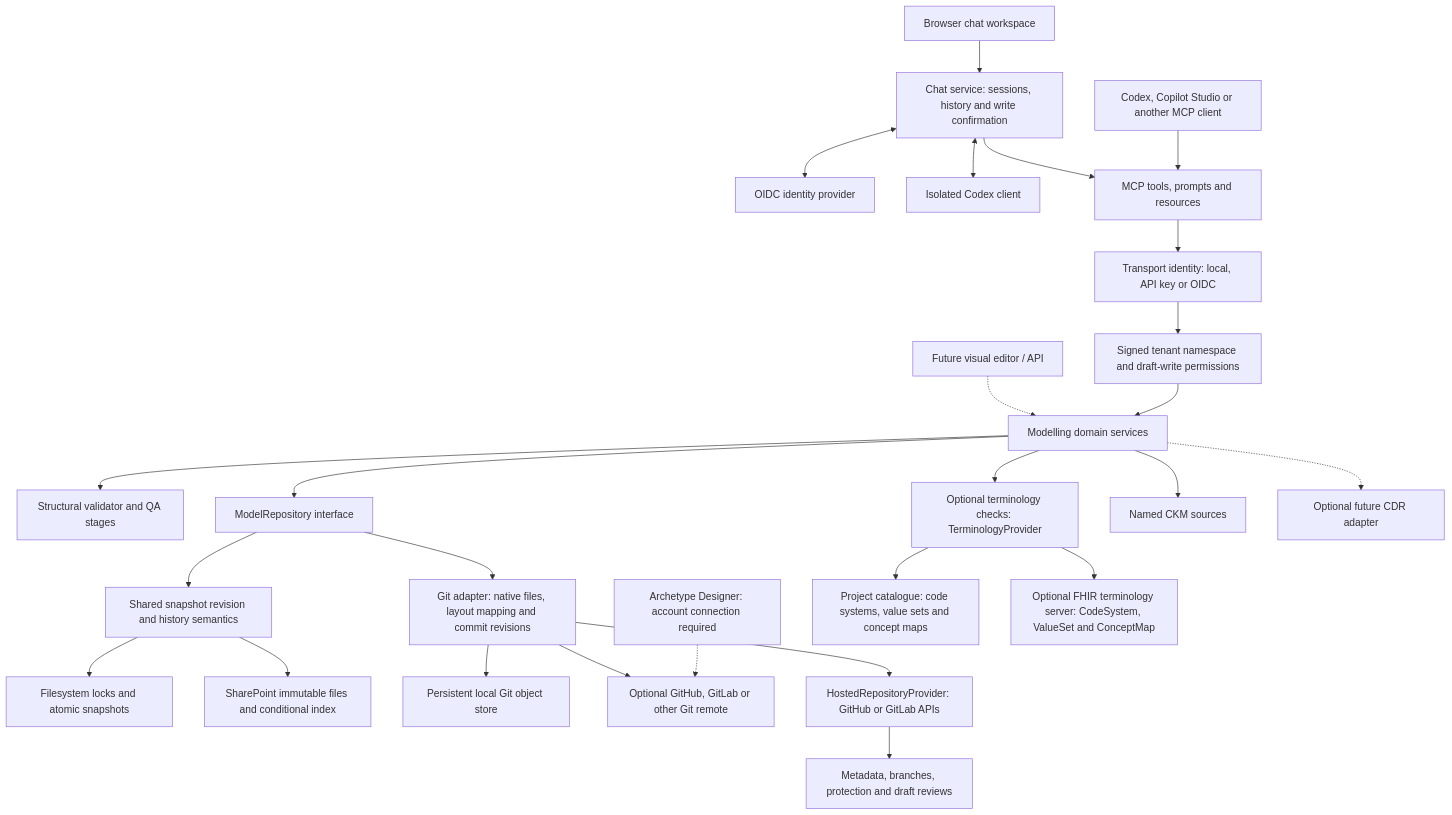
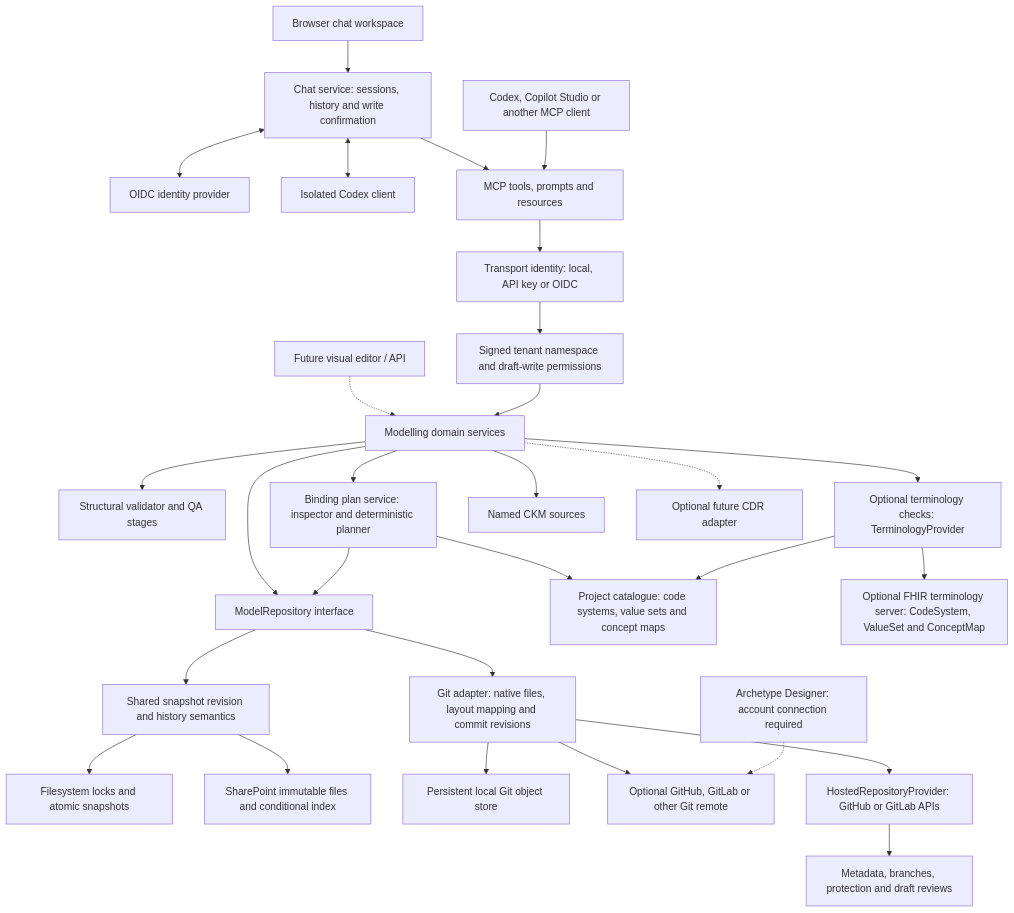
The diagram in docs/ARCHITECTURE.md (CzarMich/openehr-modelling-assistant), drawn with Mermaid before and after one commit. The commit also changed other lines of this file and 45 other files, not shown here.

Commit message:
feat(terminology): persist revision-bound binding plans and explicit XML inspection

````diff
--- a/docs/ARCHITECTURE.md
+++ b/docs/ARCHITECTURE.md
@@ -5,28 +5,31 @@
 ```mermaid
 flowchart TB
     Browser[Browser chat workspace] --> Chat[Chat service: sessions, history and write confirmation]
     Chat <--> Identity[OIDC identity provider]
     Chat <--> Codex[Isolated Codex client]
     Chat --> MCP[MCP tools, prompts and resources]
     AI[Codex, Copilot Studio or another MCP client] --> MCP[MCP tools, prompts and resources]
     UI[Future visual editor / API] -.-> Core[Modelling domain services]
     MCP --> Auth[Transport identity: local, API key or OIDC]
     Auth --> Scope[Signed tenant namespace and draft-write permissions]
     Scope --> Core
     Core --> Validation[Structural validator and QA stages]
     Core --> Repository[ModelRepository interface]
     Repository --> Snap[Shared snapshot revision and history semantics]
     Snap --> FS[Filesystem locks and atomic snapshots]
     Snap --> SP[SharePoint immutable files and conditional index]
     Repository --> Git[Git adapter: native files, layout mapping and commit revisions]
     Git --> Cache[Persistent local Git object store]
     Git --> Remote[Optional GitHub, GitLab or other Git remote]
     Git --> Hosting[HostedRepositoryProvider: GitHub or GitLab APIs]
     Hosting --> Reviews[Metadata, branches, protection and draft reviews]
     Designer[Archetype Designer: account connection required] -.-> Remote
+    Core --> Plans[Binding plan service: inspector and deterministic planner]
+    Plans --> Repository
+    Plans --> Local
     Core --> Terms[Optional terminology checks: TerminologyProvider]
     Terms --> Local[Project catalogue: code systems, value sets and concept maps]
     Terms --> FHIR[Optional FHIR terminology server: CodeSystem, ValueSet and ConceptMap]
     Core --> CKM[Named CKM sources]
     Core -.-> CDR[Optional future CDR adapter]
 ```
````
